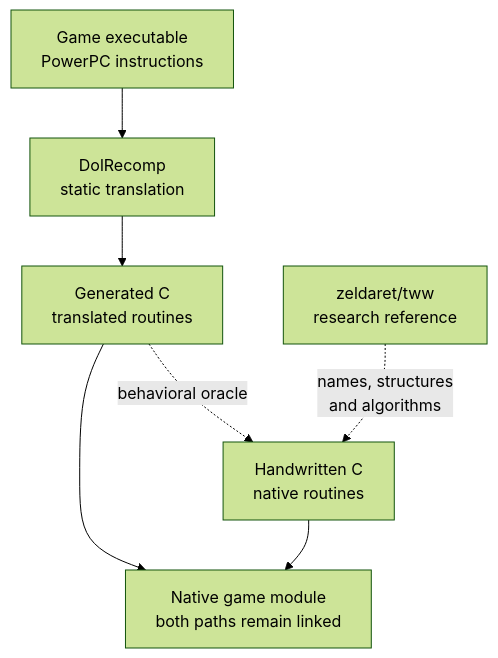
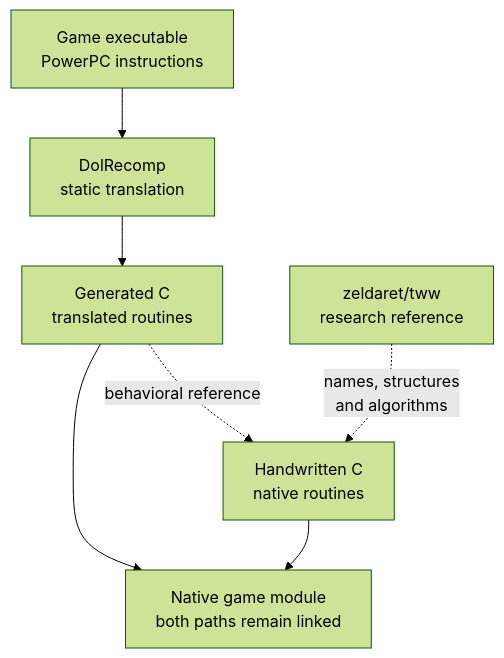
One commit to Aelbannan/boat_of_daphnes changed the first of 6 diagrams in docs/architecture/NativeRoutines.md. Above: the diagram before and after it, drawn with Mermaid (forest theme). The commit also changed other lines of this file, not shown here.

Commit message:
docs: replace oracle terminology

````diff
--- a/docs/architecture/NativeRoutines.md
+++ b/docs/architecture/NativeRoutines.md
@@ -53,14 +53,14 @@
 ```mermaid
 flowchart TD
     Disc["Game executable<br/>PowerPC instructions"]
     DolRecomp["DolRecomp<br/>static translation"]
     Generated["Generated C<br/>translated routines"]
     Native["Handwritten C<br/>native routines"]
     Decomp["zeldaret/tww<br/>research reference"]
     Module["Native game module<br/>both paths remain linked"]
 
     Disc --> DolRecomp --> Generated --> Module
     Native --> Module
     Decomp -.->|"names, structures<br/>and algorithms"| Native
-    Generated -.->|"behavioral oracle"| Native
+    Generated -.->|"behavioral reference"| Native
 ```
````
